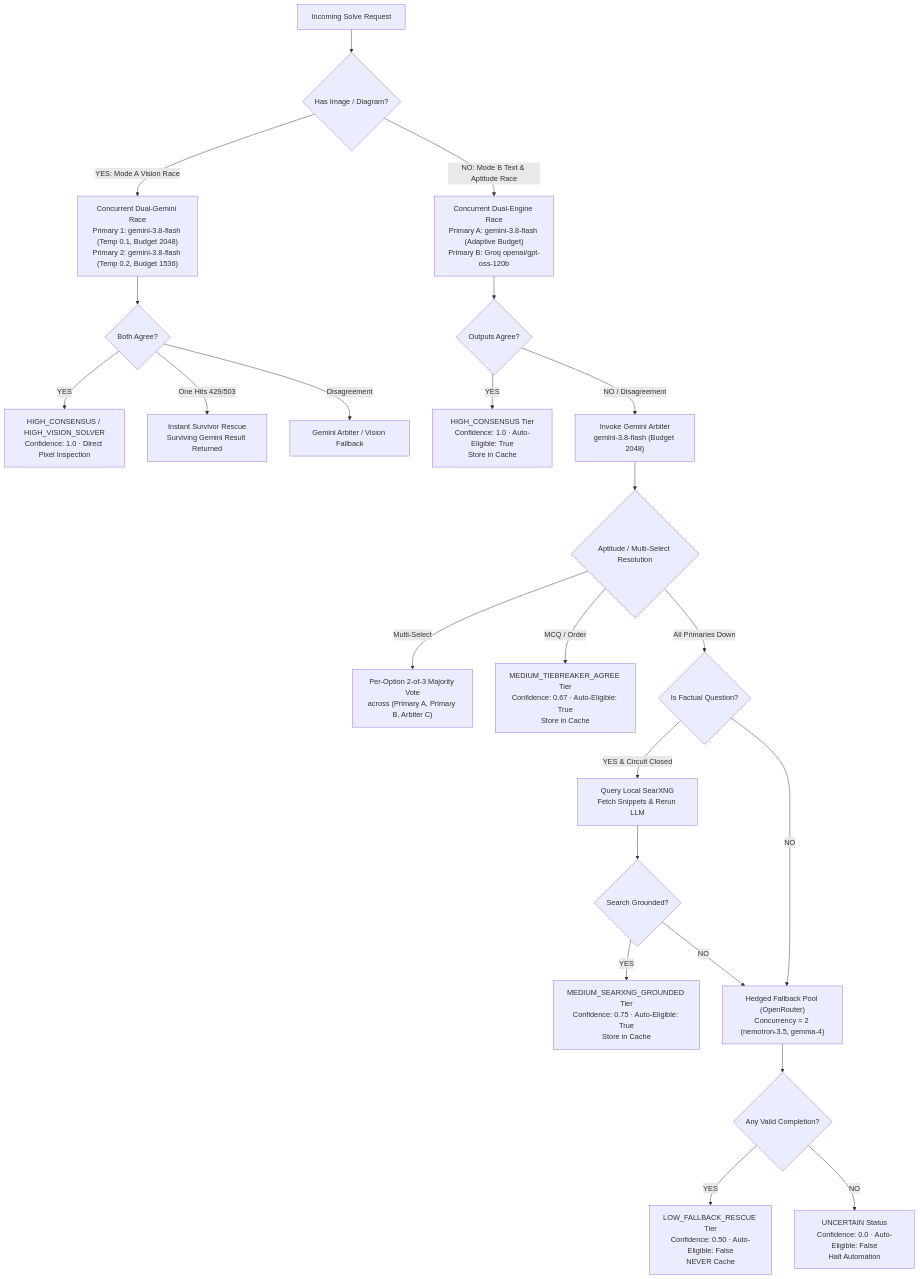
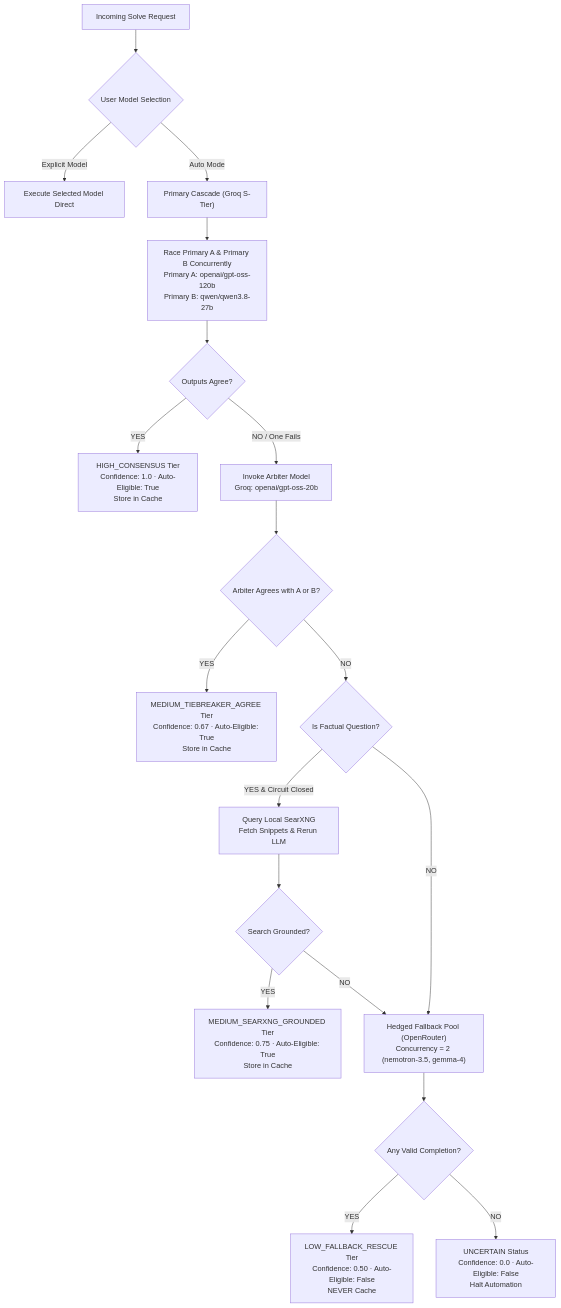
Before and after one commit to codewithjaswanth/Jivvu: the fourth of 4 diagrams in Jivvu.md, drawn with Mermaid. The commit also changed other lines of this file and 16 other files, not shown here.

First line of the commit message:
Revert "feat(gemini): upgrade QuizZy to models/gemini-3.8-flash primary consensus & vision engine"

````diff
--- a/Jivvu.md
+++ b/Jivvu.md
@@ -465,31 +465,26 @@
 ```mermaid
 flowchart TD
-    Req["Incoming Solve Request"] --> CheckVision{"Has Image / Diagram?"}
+    Req["Incoming Solve Request"] --> CheckSel{"User Model Selection"}
+    CheckSel -->|Explicit Model| DirectSolve["Execute Selected Model Direct"]
+    CheckSel -->|Auto Mode| PrimaryCascade["Primary Cascade (Groq S-Tier)"]
     
-    CheckVision -->|YES: Mode A Vision Race| VisionRace["Concurrent Dual-Gemini Race<br/>Primary 1: gemini-3.8-flash (Temp 0.1, Budget 2048)<br/>Primary 2: gemini-3.8-flash (Temp 0.2, Budget 1536)"]
-    VisionRace --> VisionCompare{"Both Agree?"}
-    VisionCompare -->|YES| HighVision["HIGH_CONSENSUS / HIGH_VISION_SOLVER<br/>Confidence: 1.0 · Direct Pixel Inspection"]
-    VisionCompare -->|One Hits 429/503| VisionRescue["Instant Survivor Rescue<br/>Surviving Gemini Result Returned"]
-    VisionCompare -->|Disagreement| VisionArbiter["Gemini Arbiter / Vision Fallback"]
+    PrimaryCascade --> ParallelRace["Race Primary A & Primary B Concurrently<br/>Primary A: openai/gpt-oss-120b<br/>Primary B: qwen/qwen3.8-27b"]
+    ParallelRace --> Compare{"Outputs Agree?"}
     
-    CheckVision -->|NO: Mode B Text & Aptitude Race| PrimaryRace["Concurrent Dual-Engine Race<br/>Primary A: gemini-3.8-flash (Adaptive Budget)<br/>Primary B: Groq openai/gpt-oss-120b"]
-    PrimaryRace --> TextCompare{"Outputs Agree?"}
+    Compare -->|YES| HighConsensus["HIGH_CONSENSUS Tier<br/>Confidence: 1.0 · Auto-Eligible: True<br/>Store in Cache"]
+    Compare -->|NO / One Fails| Arbiter["Invoke Arbiter Model<br/>Groq: openai/gpt-oss-20b"]
     
-    TextCompare -->|YES| HighConsensus["HIGH_CONSENSUS Tier<br/>Confidence: 1.0 · Auto-Eligible: True<br/>Store in Cache"]
-    TextCompare -->|NO / Disagreement| Arbiter["Invoke Gemini Arbiter<br/>gemini-3.8-flash (Budget 2048)"]
-    
-    Arbiter --> ArbiterMatch{"Aptitude / Multi-Select Resolution"}
-    ArbiterMatch -->|Multi-Select| MajorityVote["Per-Option 2-of-3 Majority Vote<br/>across (Primary A, Primary B, Arbiter C)"]
-    ArbiterMatch -->|MCQ / Order| MedConsensus["MEDIUM_TIEBREAKER_AGREE Tier<br/>Confidence: 0.67 · Auto-Eligible: True<br/>Store in Cache"]
-    ArbiterMatch -->|All Primaries Down| SearXCheck{"Is Factual Question?"}
+    Arbiter --> ArbiterMatch{"Arbiter Agrees with A or B?"}
+    ArbiterMatch -->|YES| MedConsensus["MEDIUM_TIEBREAKER_AGREE Tier<br/>Confidence: 0.67 · Auto-Eligible: True<br/>Store in Cache"]
+    ArbiterMatch -->|NO| SearXCheck{"Is Factual Question?"}
     
     SearXCheck -->|YES & Circuit Closed| SearX["Query Local SearXNG<br/>Fetch Snippets & Rerun LLM"]
     SearX --> SearXRes{"Search Grounded?"}
     SearXRes -->|YES| MedSearx["MEDIUM_SEARXNG_GROUNDED Tier<br/>Confidence: 0.75 · Auto-Eligible: True<br/>Store in Cache"]
     SearXRes -->|NO| HedgePool
     
     SearXCheck -->|NO| HedgePool["Hedged Fallback Pool (OpenRouter)<br/>Concurrency = 2 (nemotron-3.5, gemma-4)"]
     HedgePool --> HedgeRes{"Any Valid Completion?"}
     HedgeRes -->|YES| LowRescue["LOW_FALLBACK_RESCUE Tier<br/>Confidence: 0.50 · Auto-Eligible: False<br/>NEVER Cache"]
     HedgeRes -->|NO| Uncertain["UNCERTAIN Status<br/>Confidence: 0.0 · Auto-Eligible: False<br/>Halt Automation"]
 ```
````
